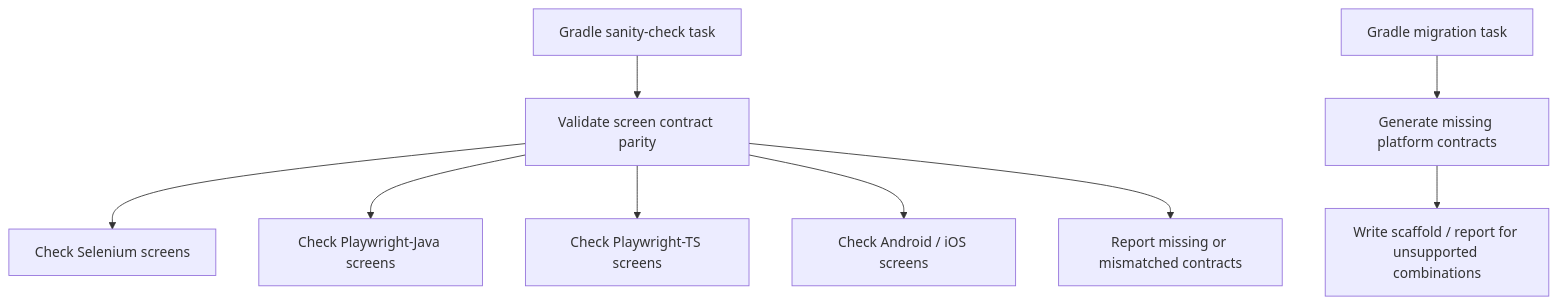
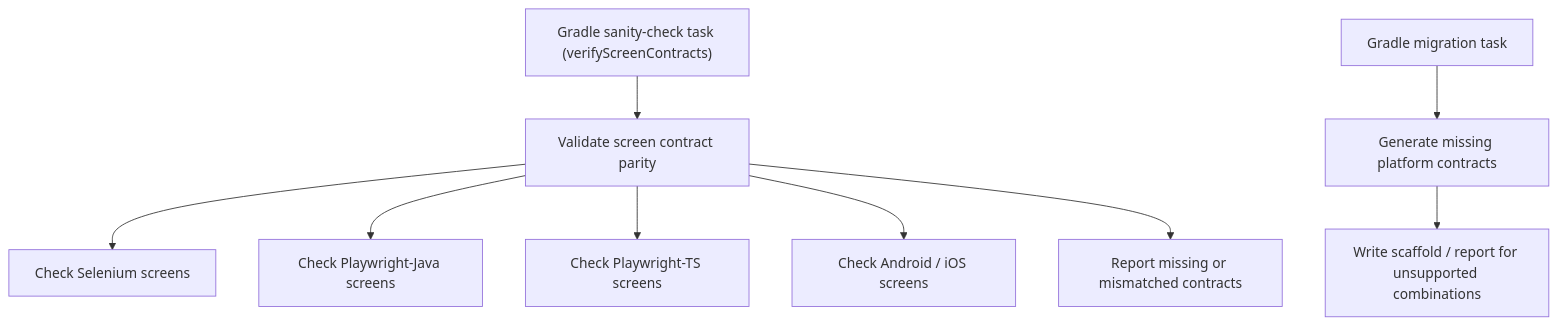
The third of 3 diagrams in docs/Architecture-README.md (znsio/teswiz), drawn with Mermaid before and after one commit. The commit also changed 5 other files, not shown here.

Commit message:
Add Gradle screen contract sanity check

````diff
--- a/docs/Architecture-README.md
+++ b/docs/Architecture-README.md
@@ -80,12 +80,12 @@
 ```mermaid
 flowchart TD
-    G[Gradle sanity-check task] --> C[Validate screen contract parity]
+    G["Gradle sanity-check task (verifyScreenContracts)"] --> C[Validate screen contract parity]
     C --> S1[Check Selenium screens]
     C --> S2[Check Playwright-Java screens]
     C --> S3[Check Playwright-TS screens]
     C --> S4[Check Android / iOS screens]
     C --> R[Report missing or mismatched contracts]
 
     M[Gradle migration task] --> B[Generate missing platform contracts]
     B --> OUT[Write scaffold / report for unsupported combinations]
 ```
````
